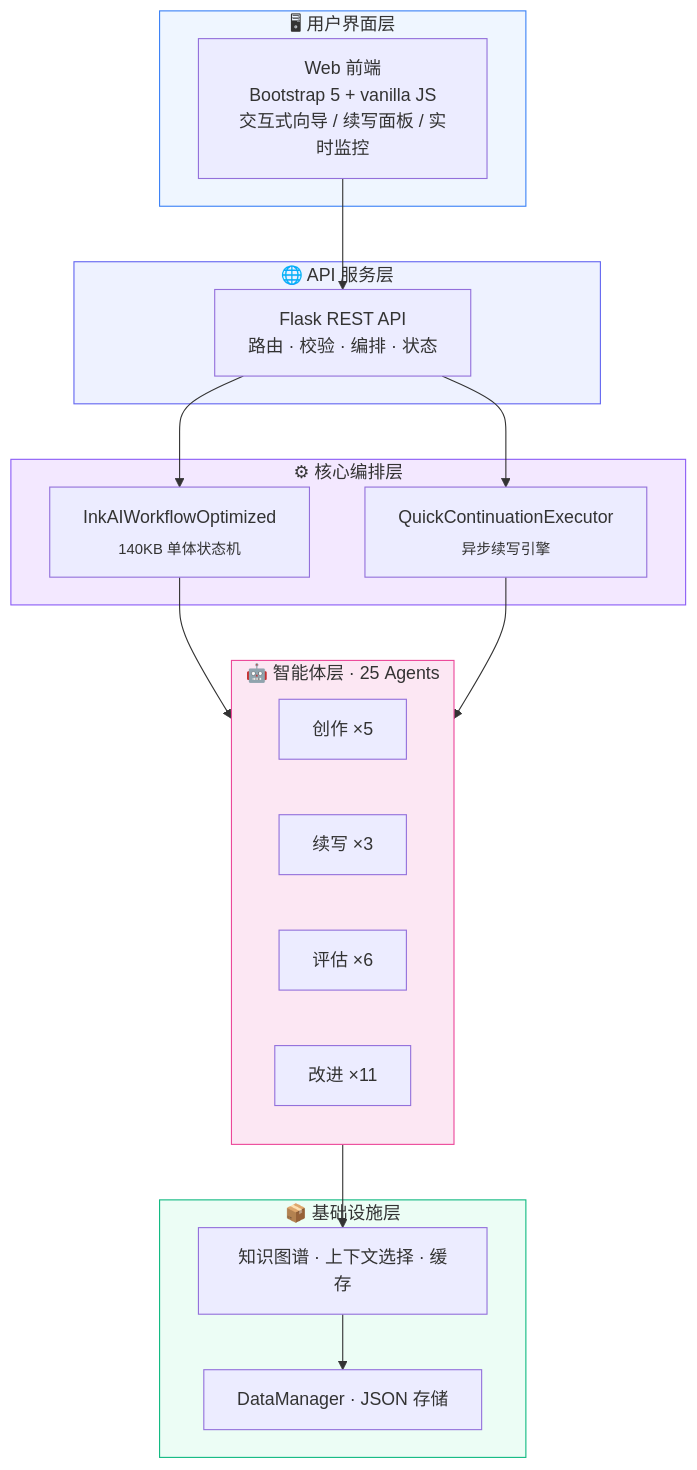
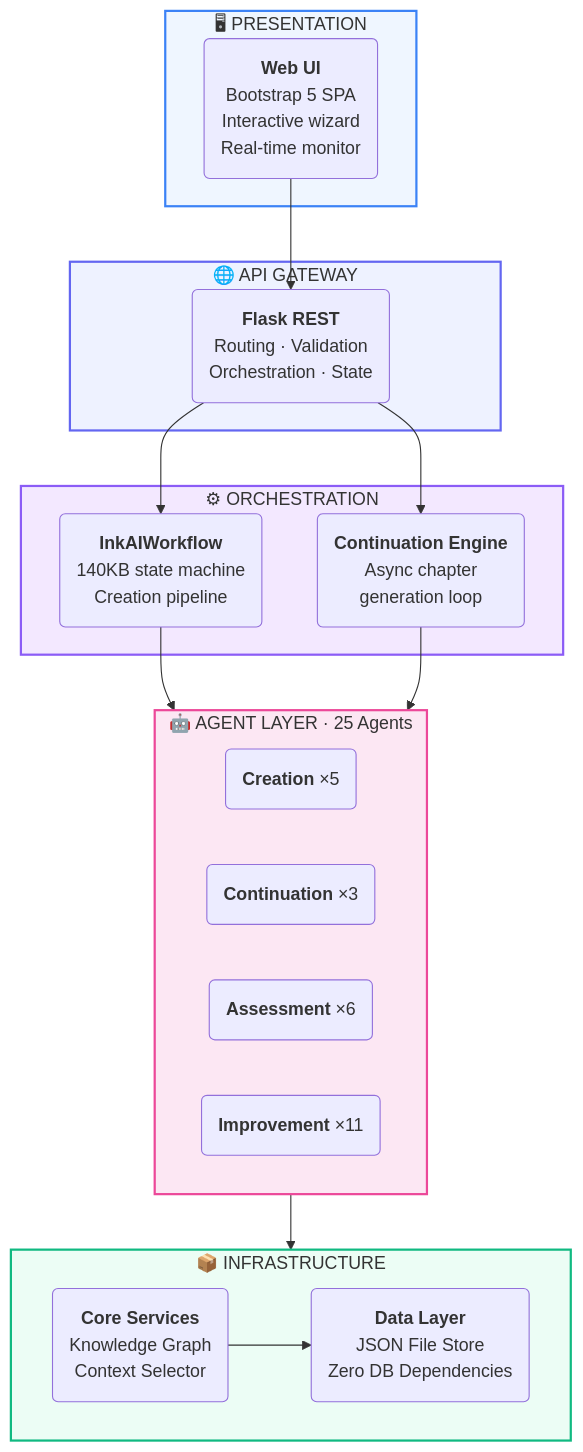
Before and after one commit to graceGZX/InkAI-gzx: the second of 3 diagrams in README.md, drawn with Mermaid. The commit also changed other lines of this file, not shown here.

Commit message:
docs: fix Mermaid parse error + premium visual overhaul — dark-aware badges, HTML stat cards, color-coded architecture, bilingual

````diff
--- a/README.md
+++ b/README.md
@@ -73,42 +82,43 @@
 ```mermaid
 graph TB
-    subgraph L1["&nbsp;&nbsp;🖥 用户界面层&nbsp;&nbsp;"]
-        WEB["Web 前端<br/>Bootstrap 5 + vanilla JS<br/>交互式向导 / 续写面板 / 实时监控"]
+    subgraph L1["&nbsp;&nbsp;🖥 PRESENTATION&nbsp;&nbsp;"]
+        WEB("<b>Web UI</b><br/>Bootstrap 5 SPA<br/>Interactive wizard<br/>Real-time monitor")
     end
 
-    subgraph L2["&nbsp;&nbsp;🌐 API 服务层&nbsp;&nbsp;"]
-        FLASK["Flask REST API<br/>路由 · 校验 · 编排 · 状态"]
+    subgraph L2["&nbsp;&nbsp;🌐 API GATEWAY&nbsp;&nbsp;"]
+        FLASK("<b>Flask REST</b><br/>Routing · Validation<br/>Orchestration · State")
     end
 
-    subgraph L3["&nbsp;&nbsp;⚙ 核心编排层&nbsp;&nbsp;"]
-        WF["InkAIWorkflowOptimized<br/><sub>140KB 单体状态机</sub>"]
-        QCE["QuickContinuationExecutor<br/><sub>异步续写引擎</sub>"]
+    subgraph L3["&nbsp;&nbsp;⚙ ORCHESTRATION&nbsp;&nbsp;"]
+        WF("<b>InkAIWorkflow</b><br/>140KB state machine<br/>Creation pipeline")
+        QCE("<b>Continuation Engine</b><br/>Async chapter<br/>generation loop")
     end
 
-    subgraph L4["&nbsp;&nbsp;🤖 智能体层 · 25 Agents&nbsp;&nbsp;"]
+    subgraph L4["&nbsp;&nbsp;🤖 AGENT LAYER · 25 Agents&nbsp;&nbsp;"]
         direction LR
-        A1["创作 ×5"]
-        A2["续写 ×3"]
-        A3["评估 ×6"]
-        A4["改进 ×11"]
+        A1("<b>Creation</b> ×5")
+        A2("<b>Continuation</b> ×3")
+        A3("<b>Assessment</b> ×6")
+        A4("<b>Improvement</b> ×11")
     end
 
-    subgraph L5["&nbsp;&nbsp;📦 基础设施层&nbsp;&nbsp;"]
-        CORE["知识图谱 · 上下文选择 · 缓存"]
-        DATA["DataManager · JSON 存储"]
+    subgraph L5["&nbsp;&nbsp;📦 INFRASTRUCTURE&nbsp;&nbsp;"]
+        direction LR
+        CORE("<b>Core Services</b><br/>Knowledge Graph<br/>Context Selector")
+        DATA("<b>Data Layer</b><br/>JSON File Store<br/>Zero DB Dependencies")
     end
 
     WEB --> FLASK
     FLASK --> WF
     FLASK --> QCE
     WF --> L4
     QCE --> L4
     L4 --> CORE
     CORE --> DATA
 
-    style L1 fill:#EFF6FF,stroke:#3B82F6
-    style L2 fill:#EEF2FF,stroke:#6366F1
-    style L3 fill:#F3E8FF,stroke:#8B5CF6
-    style L4 fill:#FCE7F3,stroke:#EC4899
-    style L5 fill:#ECFDF5,stroke:#10B981
+    style L1 fill:#EFF6FF,stroke:#3B82F6,stroke-width:2px
+    style L2 fill:#EEF2FF,stroke:#6366F1,stroke-width:2px
+    style L3 fill:#F3E8FF,stroke:#8B5CF6,stroke-width:2px
+    style L4 fill:#FCE7F3,stroke:#EC4899,stroke-width:2px
+    style L5 fill:#ECFDF5,stroke:#10B981,stroke-width:2px
 ```
````
